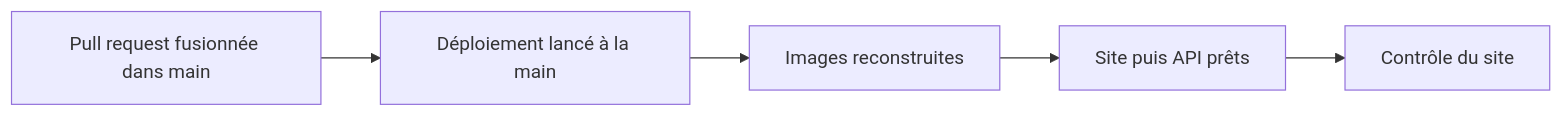
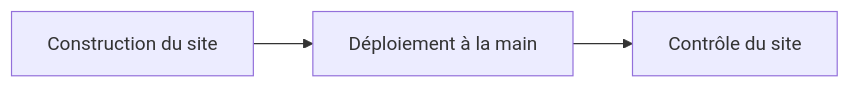
The diagram in hlyja/technique/conventions.humain.md (design-cpu/yeita-recrutement), drawn with Mermaid before and after one commit. The commit also changed other lines of this file and 7 other files, not shown here.

````diff
--- a/hlyja/technique/conventions.humain.md
+++ b/hlyja/technique/conventions.humain.md
@@ -33,7 +33,5 @@
 ```mermaid
 flowchart LR
-  A[Pull request fusionnée dans main] --> B[Déploiement lancé à la main]
-  B --> C[Images reconstruites]
-  C --> D[Site puis API prêts]
-  D --> E[Contrôle du site]
+  A[Construction du site] --> B[Déploiement à la main]
+  B --> C[Contrôle du site]
 ```
````
